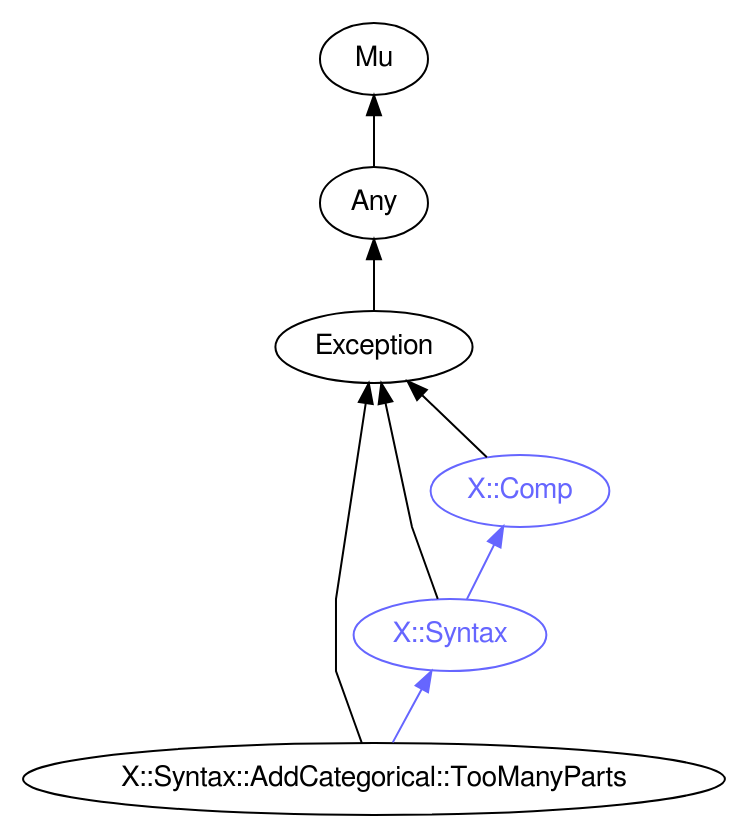
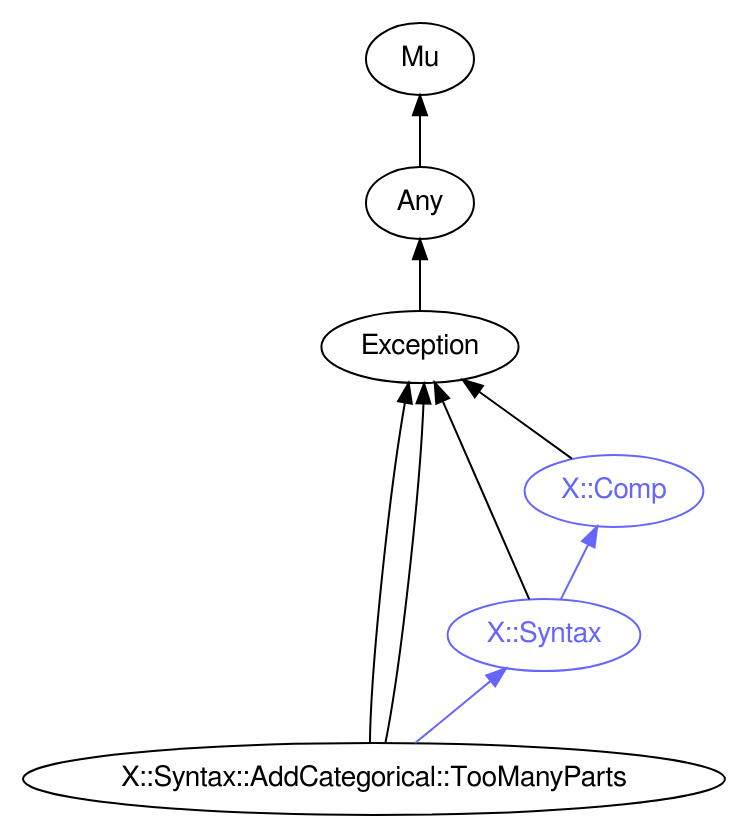
The diagram in images/type-graph-X::Syntax::AddCategorical::TooManyParts.svg.dot (perl6docs/perl6docs.github.io), drawn with Graphviz before and after one commit. The commit also changed 4386 other files, not shown here.

Commit message:
Version with Failure graph

```diff
--- a/images/type-graph-X::Syntax::AddCategorical::TooManyParts.svg.dot
+++ b/images/type-graph-X::Syntax::AddCategorical::TooManyParts.svg.dot
@@ -1,23 +1,24 @@
 digraph "perl6-type-graph" {
     rankdir=BT;
     splines=polyline;
     overlap=false; 
     // Types
     "X::Syntax::AddCategorical::TooManyParts" [color="#000000", fontcolor="#000000", href="/type/X::Syntax::AddCategorical::TooManyParts", fontname="FreeSans"];
     "Mu" [color="#000000", fontcolor="#000000", href="/type/Mu", fontname="FreeSans"];
     "Any" [color="#000000", fontcolor="#000000", href="/type/Any", fontname="FreeSans"];
     "Exception" [color="#000000", fontcolor="#000000", href="/type/Exception", fontname="FreeSans"];
     "X::Comp" [color="#6666FF", fontcolor="#6666FF", href="/type/X::Comp", fontname="FreeSans"];
     "X::Syntax" [color="#6666FF", fontcolor="#6666FF", href="/type/X::Syntax", fontname="FreeSans"];
 
     // Superclasses
     "X::Syntax::AddCategorical::TooManyParts" -> "Exception" [color="#000000"];
+    "X::Syntax::AddCategorical::TooManyParts" -> "Exception" [color="#000000"];
     "Any" -> "Mu" [color="#000000"];
     "Exception" -> "Any" [color="#000000"];
     "X::Comp" -> "Exception" [color="#000000"];
     "X::Syntax" -> "Exception" [color="#000000"];
 
     // Roles
     "X::Syntax::AddCategorical::TooManyParts" -> "X::Syntax" [color="#6666FF"];
     "X::Syntax" -> "X::Comp" [color="#6666FF"];
 }
```
